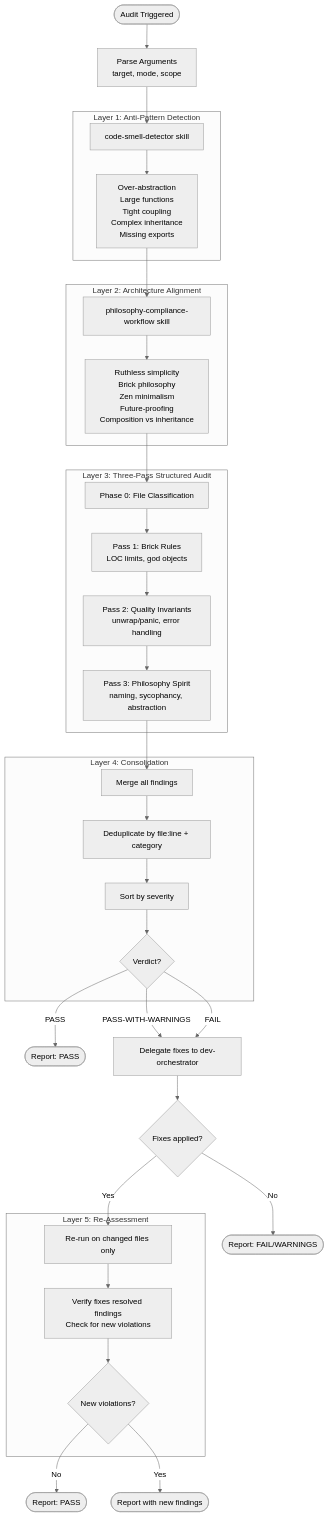
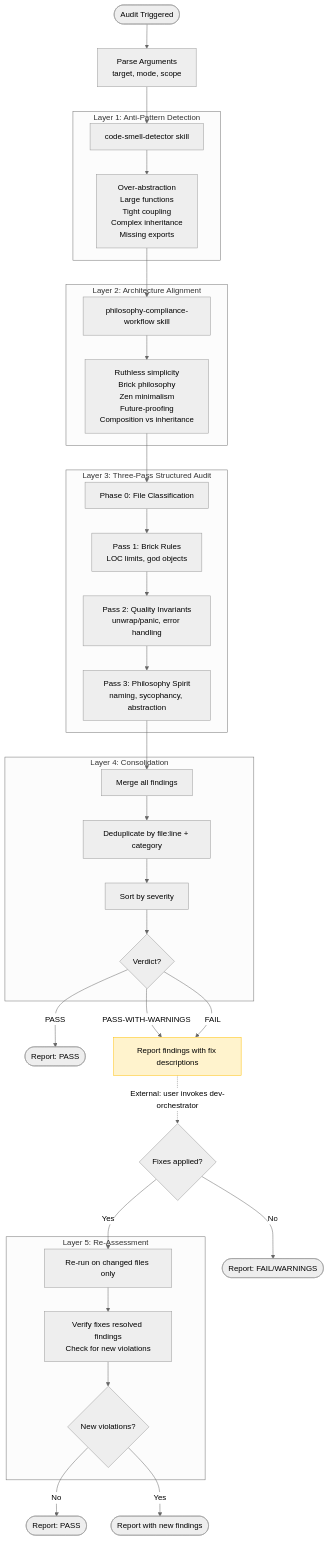
The diagram in amplifier-bundle/skills/code-philosophy/SKILL.md (rysweet/amplihack-rs), drawn with Mermaid (neutral theme) before and after one commit. The commit also changed other lines of this file and 3 other files, not shown here.

First line of the commit message:
fix: address architect review feedback on code-philosophy docs

````diff
--- a/amplifier-bundle/skills/code-philosophy/SKILL.md
+++ b/amplifier-bundle/skills/code-philosophy/SKILL.md
@@ -43,52 +44,55 @@
 ```mermaid
 flowchart TD
     START([Audit Triggered]) --> ARGS[Parse Arguments<br/>target, mode, scope]
     ARGS --> L1
 
     subgraph "Layer 1: Anti-Pattern Detection"
         L1[code-smell-detector skill]
         L1 --> L1R[Over-abstraction<br/>Large functions<br/>Tight coupling<br/>Complex inheritance<br/>Missing exports]
     end
 
     L1R --> L2
 
     subgraph "Layer 2: Architecture Alignment"
         L2[philosophy-compliance-workflow skill]
         L2 --> L2R[Ruthless simplicity<br/>Brick philosophy<br/>Zen minimalism<br/>Future-proofing<br/>Composition vs inheritance]
     end
 
     L2R --> L3
 
     subgraph "Layer 3: Three-Pass Structured Audit"
         L3[Phase 0: File Classification] --> P1
         P1[Pass 1: Brick Rules<br/>LOC limits, god objects] --> P2
         P2[Pass 2: Quality Invariants<br/>unwrap/panic, error handling] --> P3
         P3[Pass 3: Philosophy Spirit<br/>naming, sycophancy, abstraction]
     end
 
     P3 --> L4
 
     subgraph "Layer 4: Consolidation"
         L4[Merge all findings] --> DEDUP
         DEDUP[Deduplicate by file:line + category] --> SORT
         SORT[Sort by severity] --> VERDICT
         VERDICT{Verdict?}
     end
 
     VERDICT -->|PASS| DONE([Report: PASS])
     VERDICT -->|PASS-WITH-WARNINGS| DELEGATE
     VERDICT -->|FAIL| DELEGATE
 
-    DELEGATE[Delegate fixes to dev-orchestrator] --> FIXED{Fixes applied?}
+    DELEGATE[Report findings with fix descriptions]:::external
+    DELEGATE -.->|"External: user invokes dev-orchestrator"| FIXED{Fixes applied?}
     FIXED -->|No| DONE2([Report: FAIL/WARNINGS])
     FIXED -->|Yes| L5
+
+    classDef external fill:#fff3cd,stroke:#ffc107
 
     subgraph "Layer 5: Re-Assessment"
         L5[Re-run on changed files only] --> L5C
         L5C[Verify fixes resolved findings<br/>Check for new violations] --> L5V
         L5V{New violations?}
     end
 
     L5V -->|No| DONE3([Report: PASS])
     L5V -->|Yes| DONE4([Report with new findings])
 ```
````
